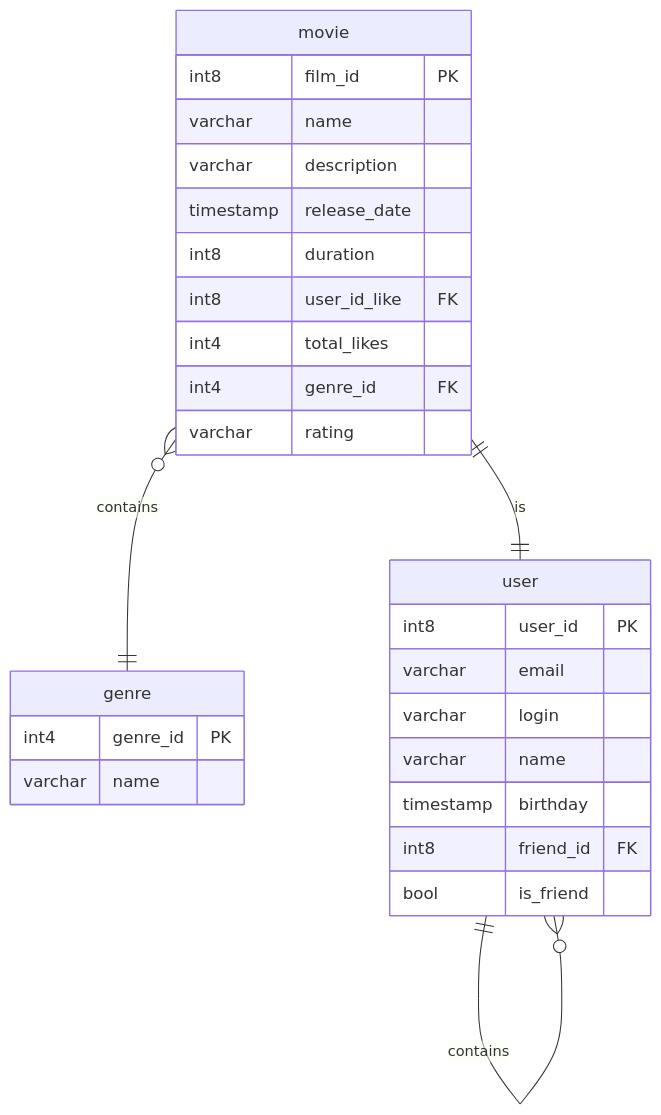
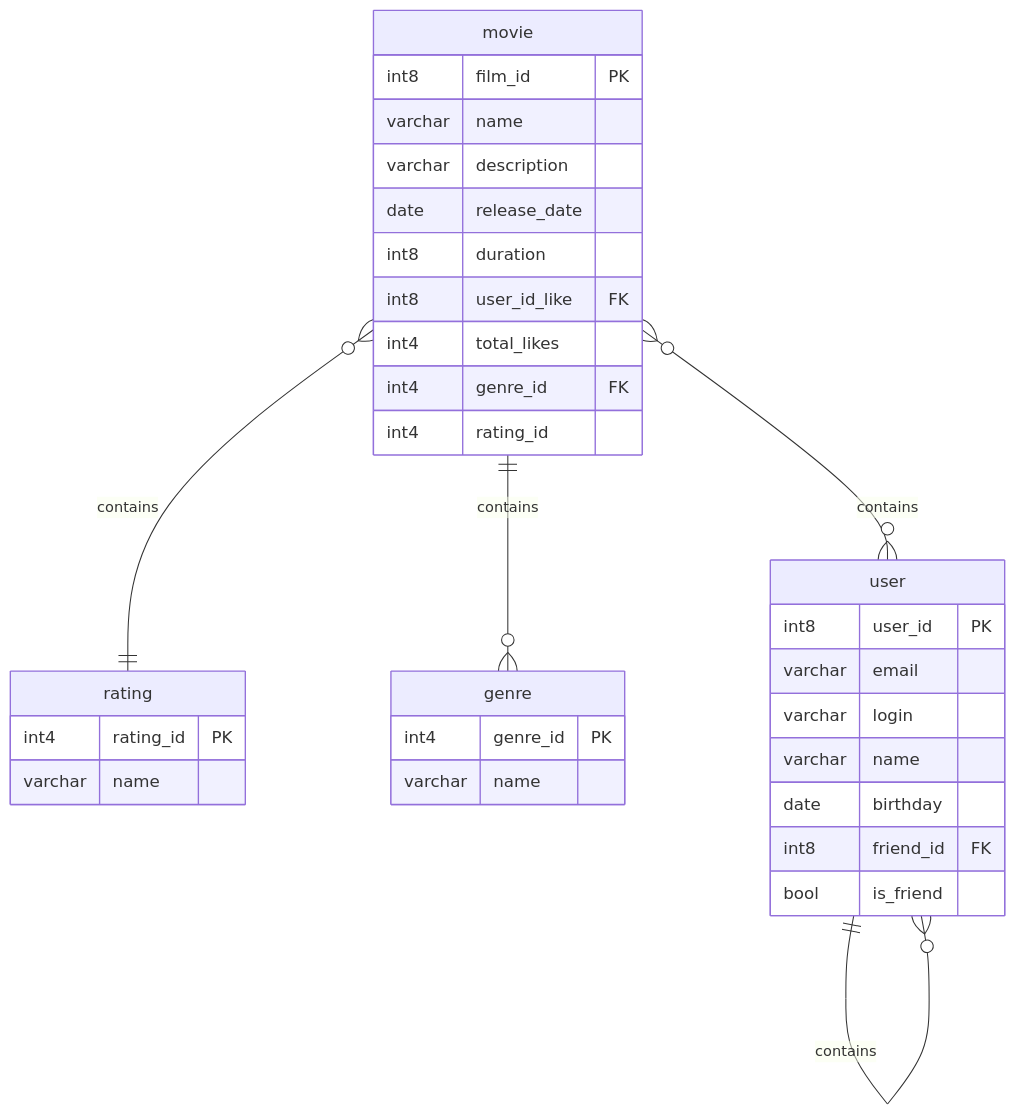
The diagram in README.md (MikeKotal/java-filmorate), drawn with Mermaid before and after one commit. The commit also changed other lines of this file, not shown here.

Commit message:
fixed ER-diagram

````diff
--- a/README.md
+++ b/README.md
@@ -18,31 +20,38 @@
 ```mermaid
 erDiagram
     movie {
         int8 film_id PK
         varchar name
         varchar description
-        timestamp release_date
+        date release_date
         int8 duration
         int8 user_id_like FK
         int4 total_likes
         int4 genre_id FK
-        varchar rating
+        int4 rating_id
+    }
+    
+    rating {
+        int4 rating_id PK
+        varchar name
     }
     
     genre {
         int4 genre_id PK
         varchar name
     }
     user {
         int8 user_id PK
         varchar email
         varchar login
         varchar name
-        timestamp birthday
+        date birthday
         int8 friend_id FK
         bool is_friend
     }
-    movie }o--|| genre : contains
-    movie ||--|| user : is
+    movie ||--o{ genre : contains
+    movie }o--o{ user : contains
     user ||--}o user : contains
+    movie }o--|| rating : contains
+    
 ```
````
